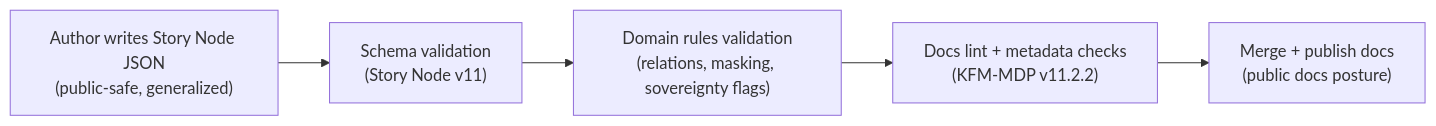
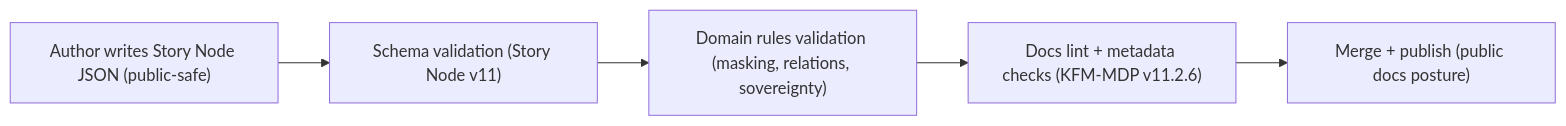
Before and after one commit to bartytime4life/Kansas-Frontier-Matrix: the diagram in docs/story-nodes/domains/archaeology/examples/README.md, drawn with Mermaid. The commit also changed other lines of this file, not shown here.

```diff
--- a/docs/story-nodes/domains/archaeology/examples/README.md
+++ b/docs/story-nodes/domains/archaeology/examples/README.md
@@ -265,7 +270,7 @@
 ~~~mermaid
 flowchart LR
-  A["Author writes Story Node JSON<br/>(public-safe, generalized)"] --> B["Schema validation<br/>(Story Node v11)"]
-  B --> C["Domain rules validation<br/>(relations, masking, sovereignty flags)"]
-  C --> D["Docs lint + metadata checks<br/>(KFM-MDP v11.2.2)"]
-  D --> E["Merge + publish docs<br/>(public docs posture)"]
+  A["Author writes Story Node JSON (public-safe)"] --> B["Schema validation (Story Node v11)"]
+  B --> C["Domain rules validation (masking, relations, sovereignty)"]
+  C --> D["Docs lint + metadata checks (KFM-MDP v11.2.6)"]
+  D --> E["Merge + publish (public docs posture)"]
 ~~~
```
